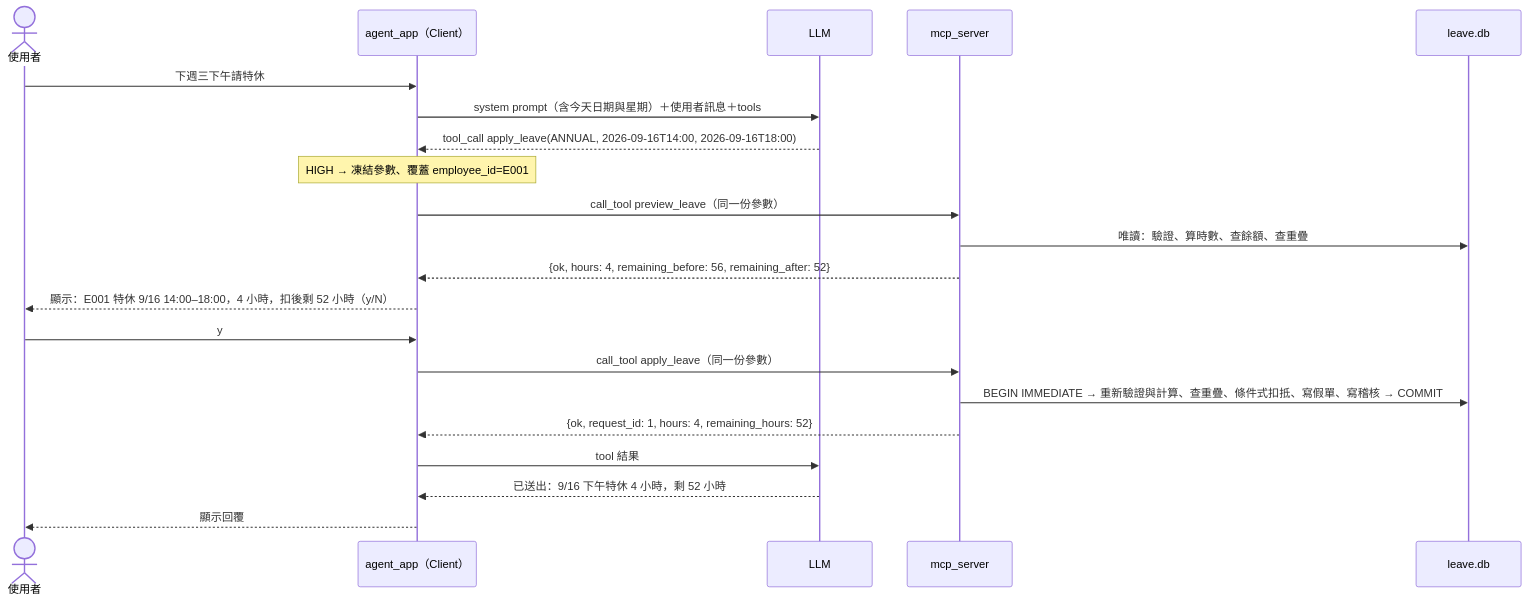
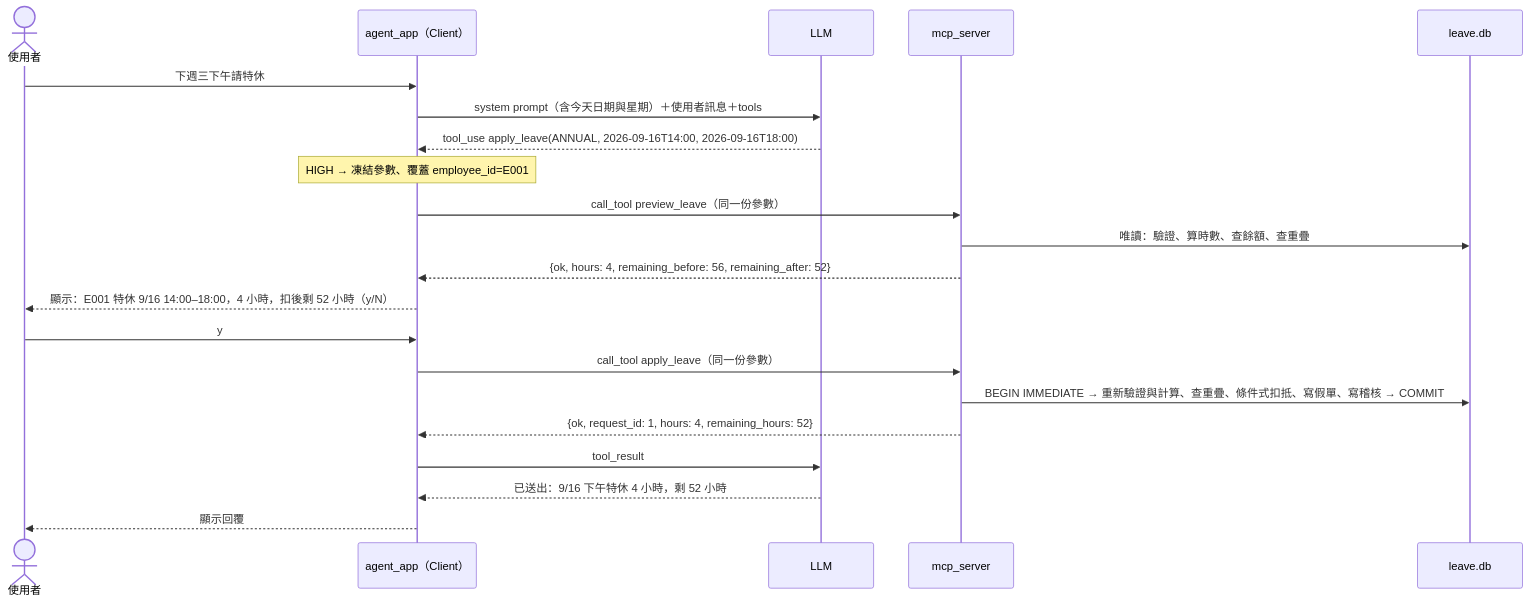
The second of 2 diagrams in src/hrms-leave-agent/README.md (Charles377813/agent-workspace), drawn with Mermaid before and after one commit. The commit also changed other lines of this file and 8 other files, not shown here.

````diff
--- a/src/hrms-leave-agent/README.md
+++ b/src/hrms-leave-agent/README.md
@@ -59,24 +59,24 @@
 ```mermaid
 sequenceDiagram
     actor U as 使用者
     participant A as agent_app（Client）
     participant M as LLM
     participant S as mcp_server
     participant DB as leave.db
 
     U->>A: 下週三下午請特休
     A->>M: system prompt（含今天日期與星期）＋使用者訊息＋tools
-    M-->>A: tool_call apply_leave(ANNUAL, 2026-09-16T14:00, 2026-09-16T18:00)
+    M-->>A: tool_use apply_leave(ANNUAL, 2026-09-16T14:00, 2026-09-16T18:00)
     Note over A: HIGH → 凍結參數、覆蓋 employee_id=E001
     A->>S: call_tool preview_leave（同一份參數）
     S->>DB: 唯讀：驗證、算時數、查餘額、查重疊
     S-->>A: {ok, hours: 4, remaining_before: 56, remaining_after: 52}
     A-->>U: 顯示：E001 特休 9/16 14:00–18:00，4 小時，扣後剩 52 小時（y/N）
     U->>A: y
     A->>S: call_tool apply_leave（同一份參數）
     S->>DB: BEGIN IMMEDIATE → 重新驗證與計算、查重疊、條件式扣抵、寫假單、寫稽核 → COMMIT
     S-->>A: {ok, request_id: 1, hours: 4, remaining_hours: 52}
-    A->>M: tool 結果
+    A->>M: tool_result
     M-->>A: 已送出：9/16 下午特休 4 小時，剩 52 小時
     A-->>U: 顯示回覆
 ```
````
